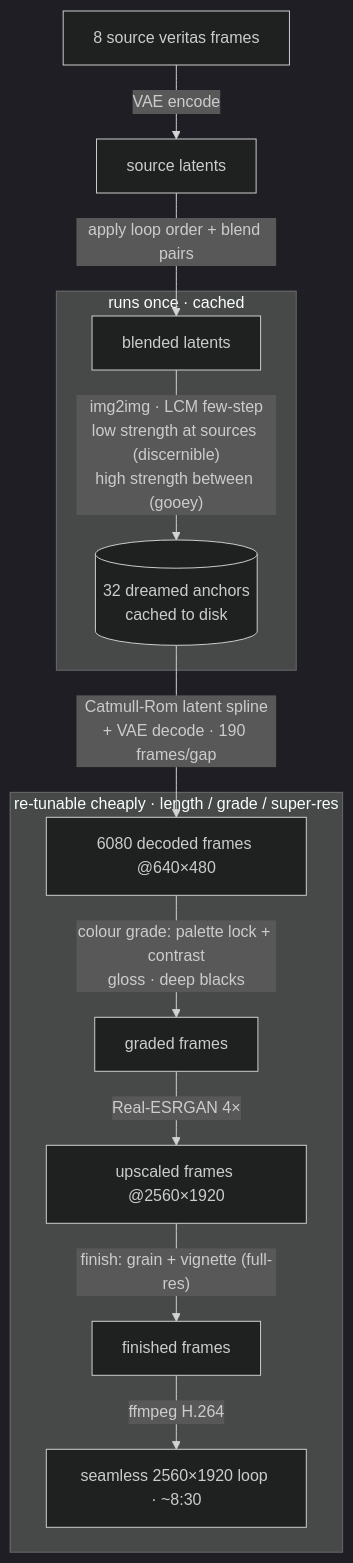
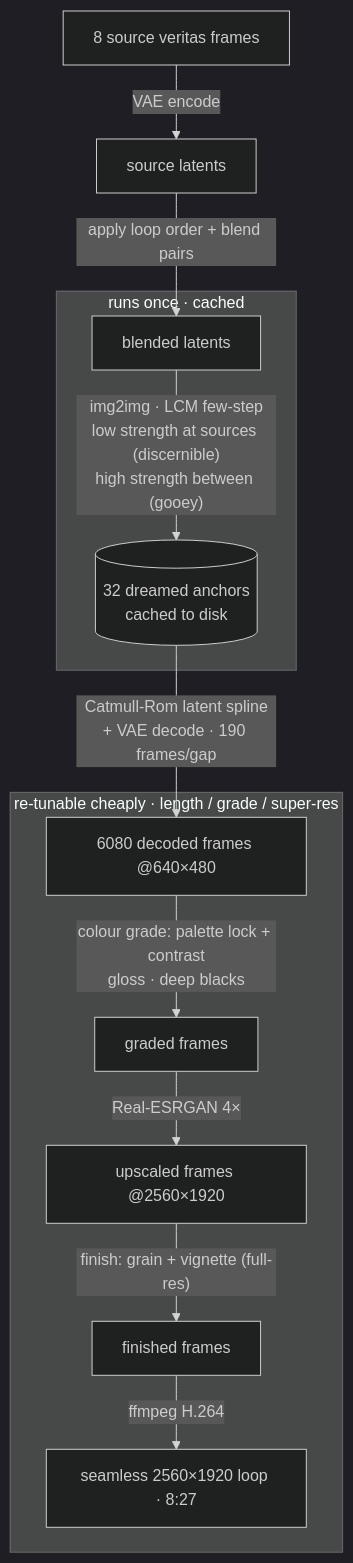
One commit to kat-titter/vanitas-veritas changed the diagram in README.md. Above: the diagram before and after it, drawn with Mermaid (dark theme). The commit also changed other lines of this file and 7 other files, not shown here.

````diff
--- a/README.md
+++ b/README.md
@@ -114,18 +149,18 @@
 ```mermaid
 flowchart TD
     A["8 source veritas frames"] -->|"VAE encode"| B["source latents"]
     B -->|"apply loop order + blend pairs"| C["blended latents"]
     C -->|"img2img · LCM few-step<br/>low strength at sources (discernible)<br/>high strength between (gooey)"| D[("32 dreamed anchors<br/>cached to disk")]
     D -->|"Catmull-Rom latent spline<br/>+ VAE decode · 190 frames/gap"| E["6080 decoded frames @640×480"]
     E -->|"colour grade: palette lock + contrast<br/>gloss · deep blacks"| F["graded frames"]
     F -->|"Real-ESRGAN 4×"| H["upscaled frames @2560×1920"]
     H -->|"finish: grain + vignette (full-res)"| I["finished frames"]
-    I -->|"ffmpeg H.264"| G["seamless 2560×1920 loop · ~8:30"]
+    I -->|"ffmpeg H.264"| G["seamless 2560×1920 loop · 8:27"]
 
     subgraph EXPENSIVE [" runs once · cached "]
       C; D
     end
     subgraph CHEAP [" re-tunable cheaply · length / grade / super-res "]
       E; F; H; I; G
     end
 ```
````
